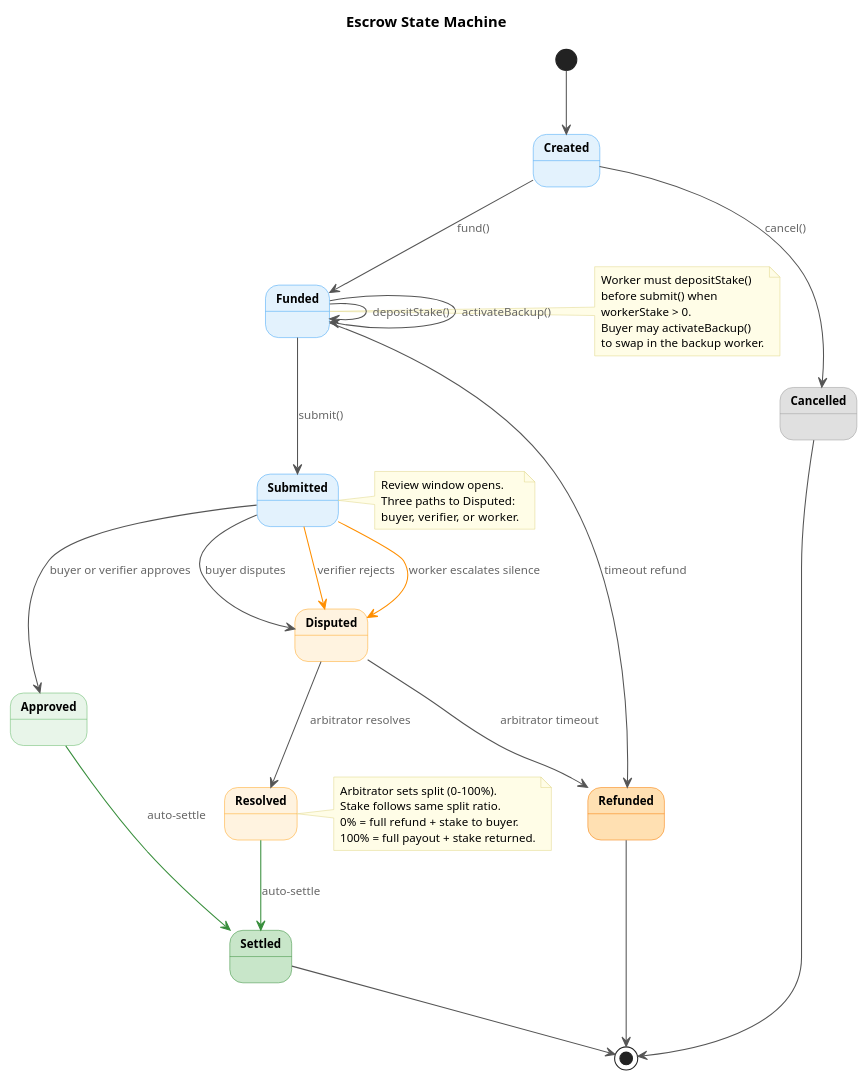
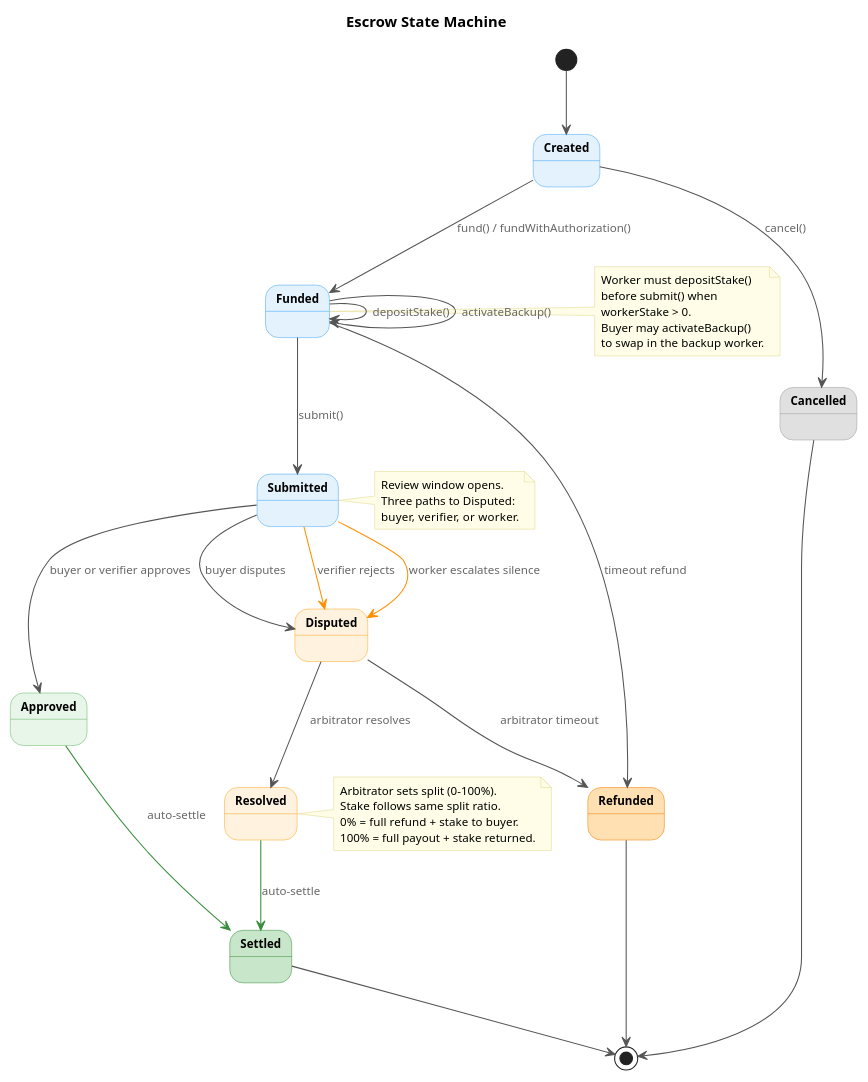
Before and after one commit to eddiefleurent/agent-escrow: the first of 2 diagrams in docs/diagrams/state-machine.puml, drawn with PlantUML. The commit also changed 31 other files, not shown here.

```diff
--- a/docs/diagrams/state-machine.puml
+++ b/docs/diagrams/state-machine.puml
@@ -1,81 +1,81 @@
 @startuml state-machine
 skinparam backgroundColor #FFFFFF
 skinparam defaultFontName "Helvetica"
 skinparam defaultFontSize 13
 skinparam shadowing false
 skinparam ArrowColor #555555
 skinparam ArrowFontSize 11
 skinparam ArrowFontColor #666666
 
 skinparam state {
   FontSize 14
   FontStyle bold
   AttributeFontSize 11
 }
 
 skinparam note {
   BackgroundColor #FFFDE7
   BorderColor #E0D68A
   FontSize 11
 }
 
 title Escrow State Machine
 
 state Created #E3F2FD ##42A5F5
 state Funded #E3F2FD ##42A5F5
 state Submitted #E3F2FD ##42A5F5
 state Approved #E8F5E9 ##66BB6A
 state Disputed #FFF3E0 ##FFA726
 state Resolved #FFF3E0 ##FFA726
 
 state Settled #C8E6C9 ##388E3C
 state Refunded #FFE0B2 ##F57C00
 state Cancelled #E0E0E0 ##9E9E9E
 
 [*] --> Created
 
-Created --> Funded : fund()
+Created --> Funded : fund() / fundWithAuthorization()
 Created --> Cancelled : cancel()
 
 Funded --> Funded : depositStake()
 Funded --> Funded : activateBackup()
 Funded --> Submitted : submit()
 Funded --> Refunded : timeout refund
 
 Submitted --> Approved : buyer or verifier approves
 Submitted --> Disputed : buyer disputes
 Submitted -[#FF8F00]-> Disputed : verifier rejects
 Submitted -[#FF8F00]-> Disputed : worker escalates silence
 
 Disputed --> Resolved : arbitrator resolves
 Disputed --> Refunded : arbitrator timeout
 
 Approved -[#388E3C]-> Settled : auto-settle
 Resolved -[#388E3C]-> Settled : auto-settle
 
 Cancelled --> [*]
 Refunded --> [*]
 Settled --> [*]
 
 note right of Funded
   Worker must depositStake()
   before submit() when
   workerStake > 0.
   Buyer may activateBackup()
   to swap in the backup worker.
 end note
 
 note right of Submitted
   Review window opens.
   Three paths to Disputed:
   buyer, verifier, or worker.
 end note
 
 note right of Resolved
   Arbitrator sets split (0-100%).
   Stake follows same split ratio.
   0% = full refund + stake to buyer.
   100% = full payout + stake returned.
 end note
 
 @enduml
```
